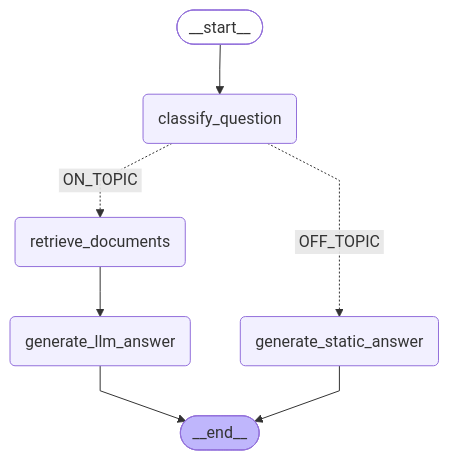
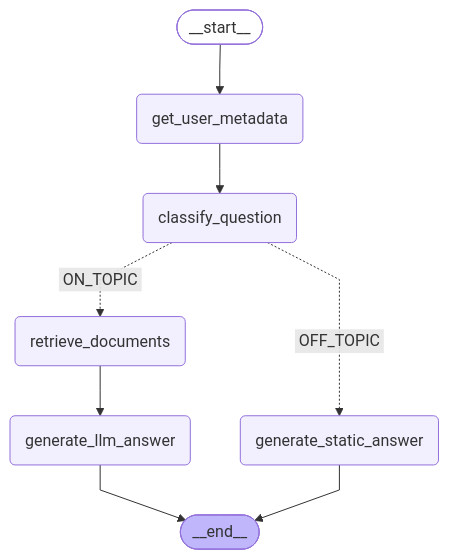
One commit to gabguerin/ragator-v2 changed the diagram in README.md. Above: the diagram before and after it, drawn with Mermaid. The commit also changed 15 other files, not shown here.

````diff
--- a/README.md
+++ b/README.md
@@ -5,24 +5,26 @@
 ```mermaid
 ---
 config:
   flowchart:
     curve: linear
 ---
 graph TD;
         __start__([<p>__start__</p>]):::first
+        get_user_metadata(get_user_metadata)
         classify_question(classify_question)
         generate_static_answer(generate_static_answer)
         retrieve_documents(retrieve_documents)
         generate_llm_answer(generate_llm_answer)
         __end__([<p>__end__</p>]):::last
-        __start__ --> classify_question;
+        __start__ --> get_user_metadata;
         generate_llm_answer --> __end__;
         generate_static_answer --> __end__;
+        get_user_metadata --> classify_question;
         retrieve_documents --> generate_llm_answer;
         classify_question -. &nbsp;OFF_TOPIC&nbsp; .-> generate_static_answer;
         classify_question -. &nbsp;ON_TOPIC&nbsp; .-> retrieve_documents;
         classDef default fill:#f2f0ff,line-height:1.2
         classDef first fill-opacity:0
         classDef last fill:#bfb6fc
 
 ```
````
